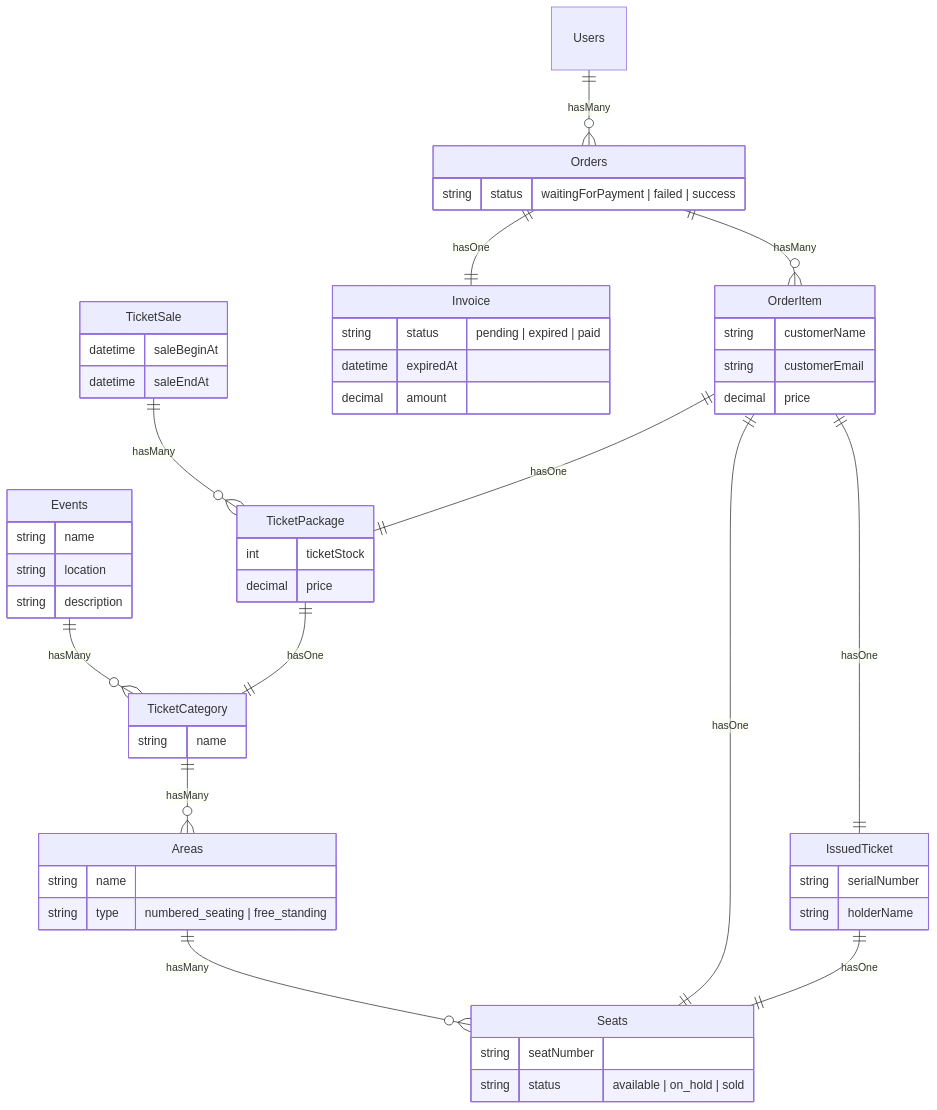
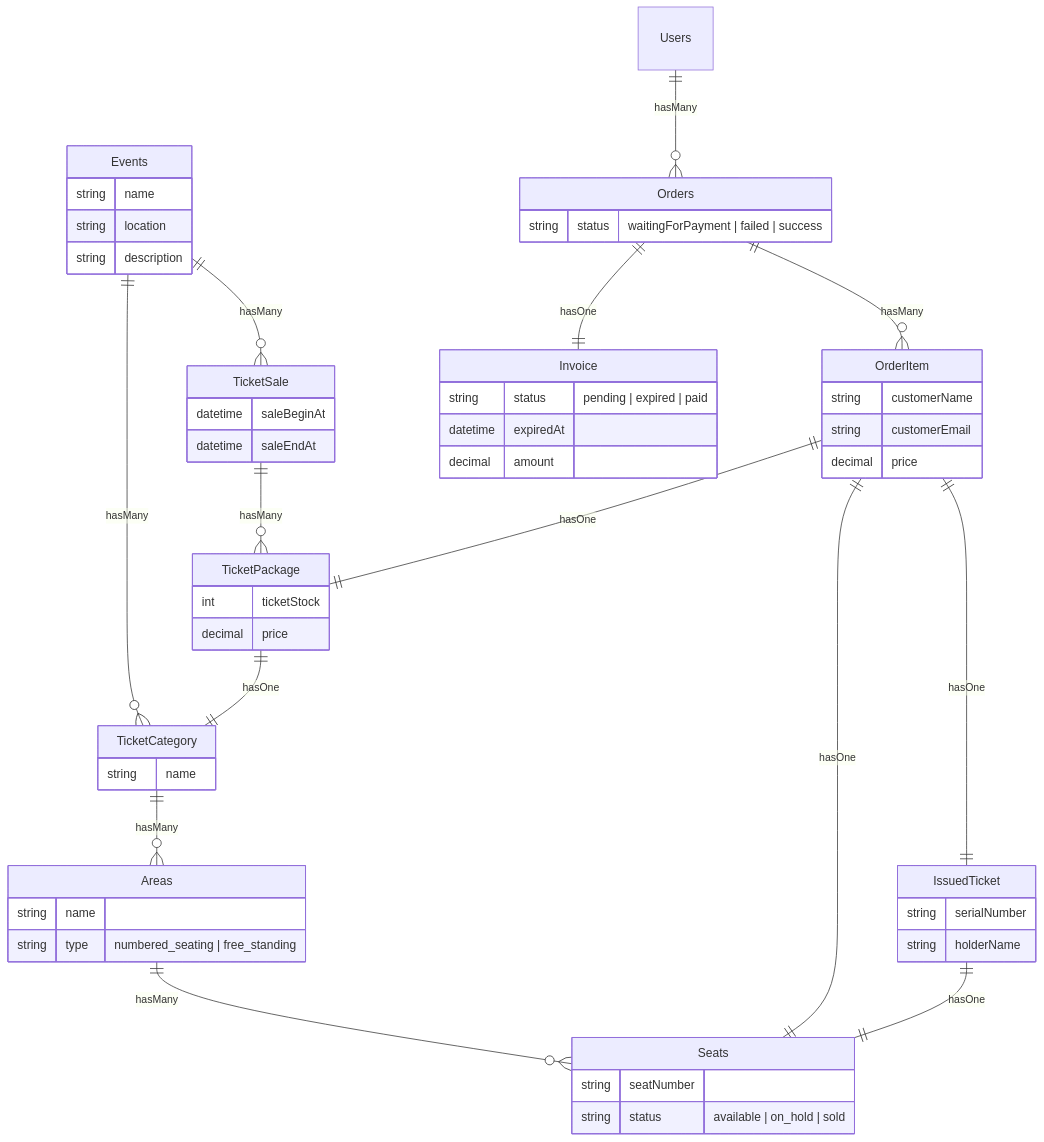
The diagram in src/resources/appendix/erd.mmd (akbarmridho/tugas-akhir), drawn with Mermaid before and after one commit. The commit also changed 4 other files, not shown here.

Commit message:
add erd description

```diff
--- a/src/resources/appendix/erd.mmd
+++ b/src/resources/appendix/erd.mmd
@@ -1,66 +1,67 @@
 erDiagram
     Events ||--o{ TicketCategory : "hasMany"
+    Events ||--o{ TicketSale : "hasMany"
     Events {
         string name
         string location
         string description
     }
 
     TicketCategory ||--o{ Areas : "hasMany"
     TicketCategory {
         string name
     }
 
     Areas ||--o{ Seats : "hasMany"
     Areas {
         string name
         string type "numbered_seating | free_standing"
     }
 
     Seats {
         string seatNumber
         string status "available | on_hold | sold"
     }
 
     TicketSale ||--o{ TicketPackage : "hasMany"
     TicketSale {
         datetime saleBeginAt
         datetime saleEndAt
     }
 
     TicketPackage ||--|| TicketCategory : "hasOne"
     TicketPackage {
         int ticketStock
         decimal price
     }
 
     Users ||--o{ Orders : "hasMany"
     Users {
     }
 
     Orders ||--|| Invoice : "hasOne"
     Orders ||--o{ OrderItem : "hasMany"
     Orders {
         string status "waitingForPayment | failed | success"
     }
 
     Invoice {
         string status "pending | expired | paid"
         datetime expiredAt
         decimal amount
     }
 
     OrderItem ||--|| TicketPackage : "hasOne"
     OrderItem ||--|| Seats : "hasOne"
     OrderItem ||--|| IssuedTicket : "hasOne"
     OrderItem {
         string customerName
         string customerEmail
         decimal price
     }
 
     IssuedTicket ||--|| Seats : "hasOne"
     IssuedTicket {
         string serialNumber
         string holderName
     }
```
